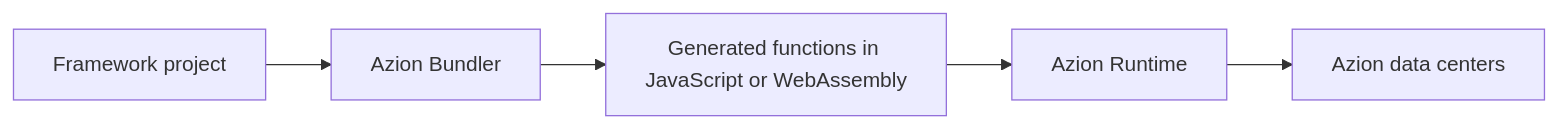
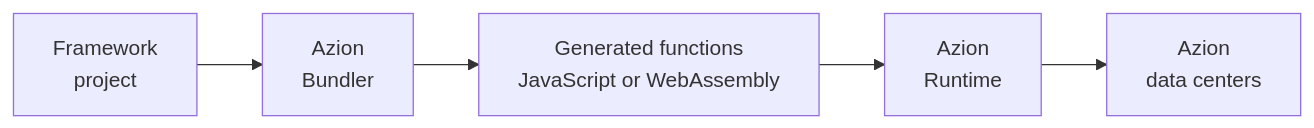
Before and after one commit to souzavinny/azion-docs: the second of 2 diagrams in src/content/docs/en/pages/main-menu/reference/build/edge-application/functions-how-it-works.mdx, drawn with Mermaid. The commit also changed other lines of this file and 4 other files, not shown here.

Commit message:
fix(functions): mermaid small adjustments

````diff
--- a/src/content/docs/en/pages/main-menu/reference/build/edge-application/functions-how-it-works.mdx
+++ b/src/content/docs/en/pages/main-menu/reference/build/edge-application/functions-how-it-works.mdx
@@ -96,7 +95,7 @@
 ```mermaid
 flowchart LR
-  Project[Framework project] --> Bundler[Azion Bundler]
-  Bundler --> Fn[Generated functions in JavaScript or WebAssembly]
-  Fn --> Runtime[Azion Runtime]
-  Runtime --> DC[Azion data centers]
+  Project["Framework<br/>project"] --> Bundler["Azion<br/>Bundler"]
+  Bundler --> Fn["Generated functions<br/>JavaScript or WebAssembly"]
+  Fn --> Runtime["Azion<br/>Runtime"]
+  Runtime --> DC["Azion<br/>data centers"]
 ```
````
